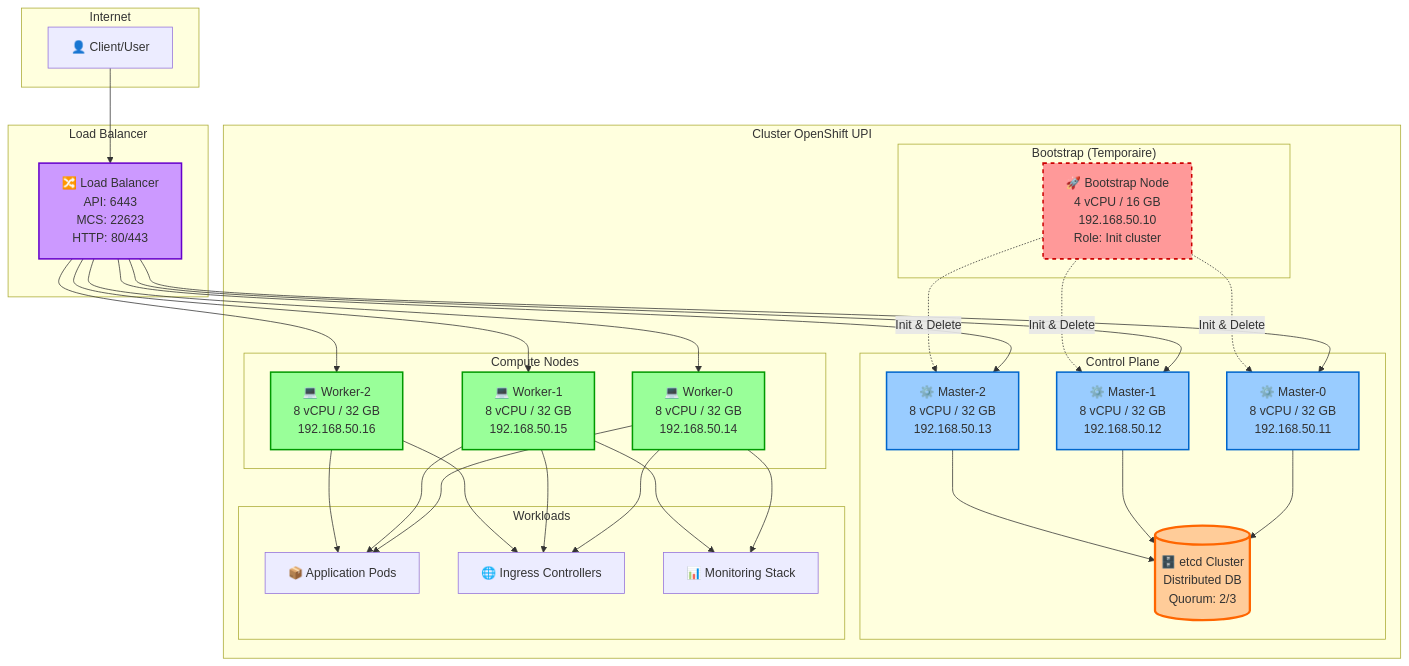
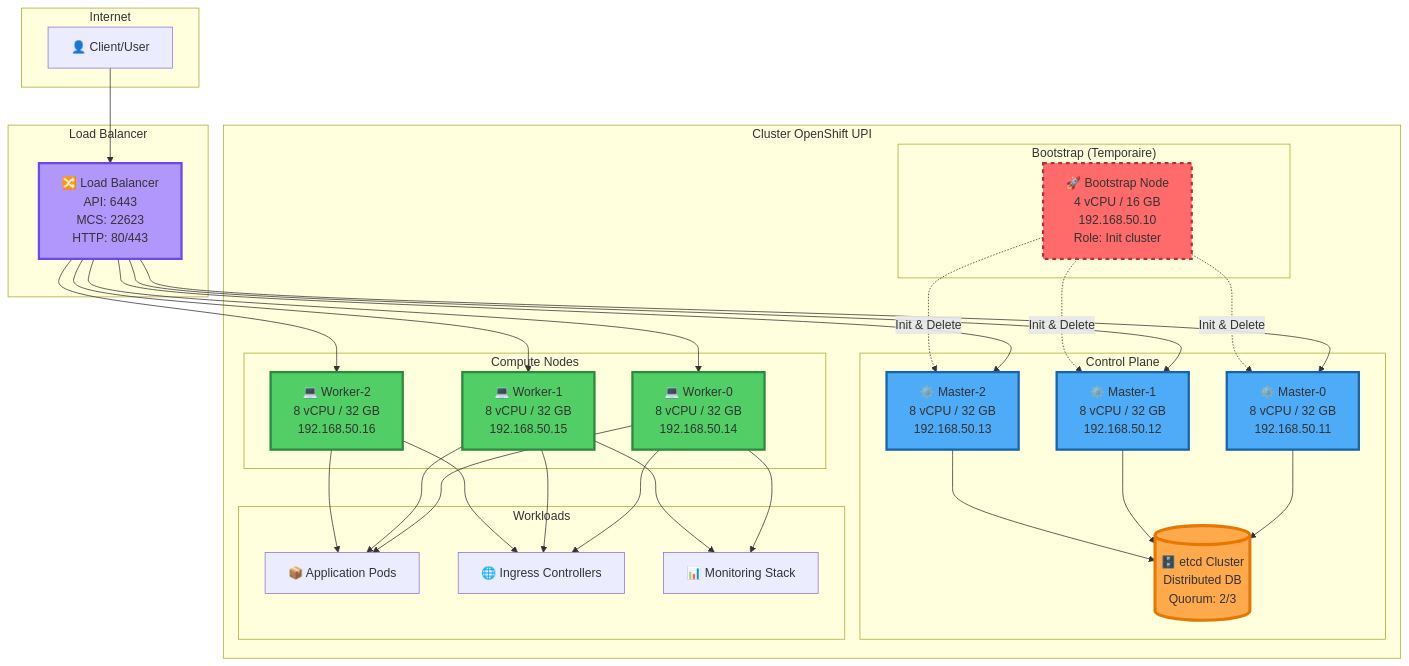
The first of 8 diagrams in DIAGRAMS_MERMAID.md (Z3ROX-lab/gtt-terraform-pour-openshift-UPI), drawn with Mermaid before and after one commit. The commit also changed other lines of this file, not shown here.

First line of the commit message:
Amélioration des couleurs des diagrammes Mermaid pour meilleure visibilité

````diff
--- a/DIAGRAMS_MERMAID.md
+++ b/DIAGRAMS_MERMAID.md
@@ -24,71 +24,71 @@
 ```mermaid
 graph TB
     subgraph Internet
         Client[👤 Client/User]
     end
 
     subgraph "Load Balancer"
         LB[🔀 Load Balancer<br/>API: 6443<br/>MCS: 22623<br/>HTTP: 80/443]
     end
 
     subgraph "Cluster OpenShift UPI"
         subgraph "Bootstrap (Temporaire)"
             Bootstrap[🚀 Bootstrap Node<br/>4 vCPU / 16 GB<br/>192.168.50.10<br/>Role: Init cluster]
         end
 
         subgraph "Control Plane"
             Master0[⚙️ Master-0<br/>8 vCPU / 32 GB<br/>192.168.50.11]
             Master1[⚙️ Master-1<br/>8 vCPU / 32 GB<br/>192.168.50.12]
             Master2[⚙️ Master-2<br/>8 vCPU / 32 GB<br/>192.168.50.13]
 
             etcd[(🗄️ etcd Cluster<br/>Distributed DB<br/>Quorum: 2/3)]
 
             Master0 --> etcd
             Master1 --> etcd
             Master2 --> etcd
         end
 
         subgraph "Compute Nodes"
             Worker0[💻 Worker-0<br/>8 vCPU / 32 GB<br/>192.168.50.14]
             Worker1[💻 Worker-1<br/>8 vCPU / 32 GB<br/>192.168.50.15]
             Worker2[💻 Worker-2<br/>8 vCPU / 32 GB<br/>192.168.50.16]
         end
 
         subgraph "Workloads"
             Apps[📦 Application Pods]
             Ingress[🌐 Ingress Controllers]
             Monitoring[📊 Monitoring Stack]
         end
     end
 
     Client --> LB
     LB --> Master0
     LB --> Master1
     LB --> Master2
     LB --> Worker0
     LB --> Worker1
     LB --> Worker2
 
     Bootstrap -.->|Init & Delete| Master0
     Bootstrap -.->|Init & Delete| Master1
     Bootstrap -.->|Init & Delete| Master2
 
     Worker0 --> Apps
     Worker1 --> Apps
     Worker2 --> Apps
     Worker0 --> Ingress
     Worker1 --> Ingress
     Worker2 --> Ingress
     Worker0 --> Monitoring
     Worker1 --> Monitoring
 
-    style Bootstrap fill:#ff9999,stroke:#cc0000,stroke-width:2px,stroke-dasharray: 5 5
-    style Master0 fill:#99ccff,stroke:#0066cc,stroke-width:2px
-    style Master1 fill:#99ccff,stroke:#0066cc,stroke-width:2px
-    style Master2 fill:#99ccff,stroke:#0066cc,stroke-width:2px
-    style Worker0 fill:#99ff99,stroke:#009900,stroke-width:2px
-    style Worker1 fill:#99ff99,stroke:#009900,stroke-width:2px
-    style Worker2 fill:#99ff99,stroke:#009900,stroke-width:2px
-    style etcd fill:#ffcc99,stroke:#ff6600,stroke-width:3px
-    style LB fill:#cc99ff,stroke:#6600cc,stroke-width:2px
+    style Bootstrap fill:#ff6b6b,stroke:#c92a2a,stroke-width:3px,stroke-dasharray: 5 5
+    style Master0 fill:#4dabf7,stroke:#1864ab,stroke-width:3px
+    style Master1 fill:#4dabf7,stroke:#1864ab,stroke-width:3px
+    style Master2 fill:#4dabf7,stroke:#1864ab,stroke-width:3px
+    style Worker0 fill:#51cf66,stroke:#2b8a3e,stroke-width:3px
+    style Worker1 fill:#51cf66,stroke:#2b8a3e,stroke-width:3px
+    style Worker2 fill:#51cf66,stroke:#2b8a3e,stroke-width:3px
+    style etcd fill:#ffa94d,stroke:#e67700,stroke-width:4px
+    style LB fill:#b197fc,stroke:#7048e8,stroke-width:3px
 ```
````
